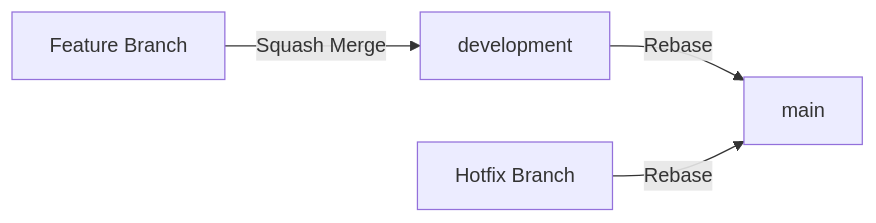
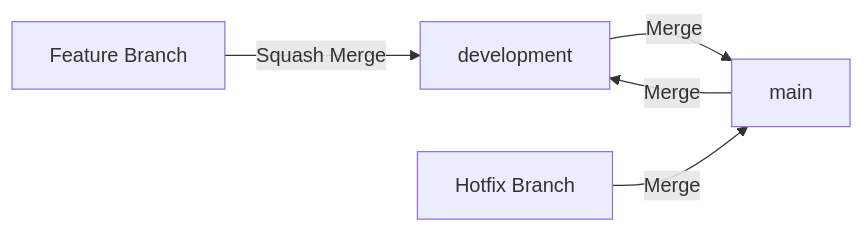
The diagram in guides/branching_strategy.md (The-Asintota/workflow), drawn with Mermaid before and after one commit. The commit also changed other lines of this file, not shown here.

Commit message:
docs: actualizar estrategia de merge y sincronización de ramas

````diff
--- a/guides/branching_strategy.md
+++ b/guides/branching_strategy.md
@@ -53,6 +53,7 @@
 ```mermaid
 graph LR
     A[Feature Branch] -->|Squash Merge| B[development]
-    B -->|Rebase| C[main]
-    D[Hotfix Branch] -->|Rebase| C
+    B -->|Merge| C[main]
+    C -->|Merge| B
+    D[Hotfix Branch] -->|Merge| C
 ```
````
